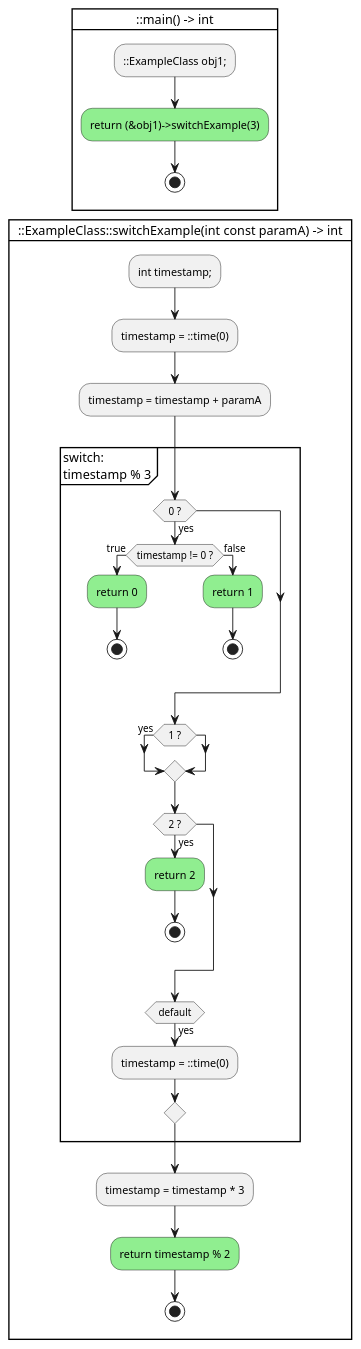
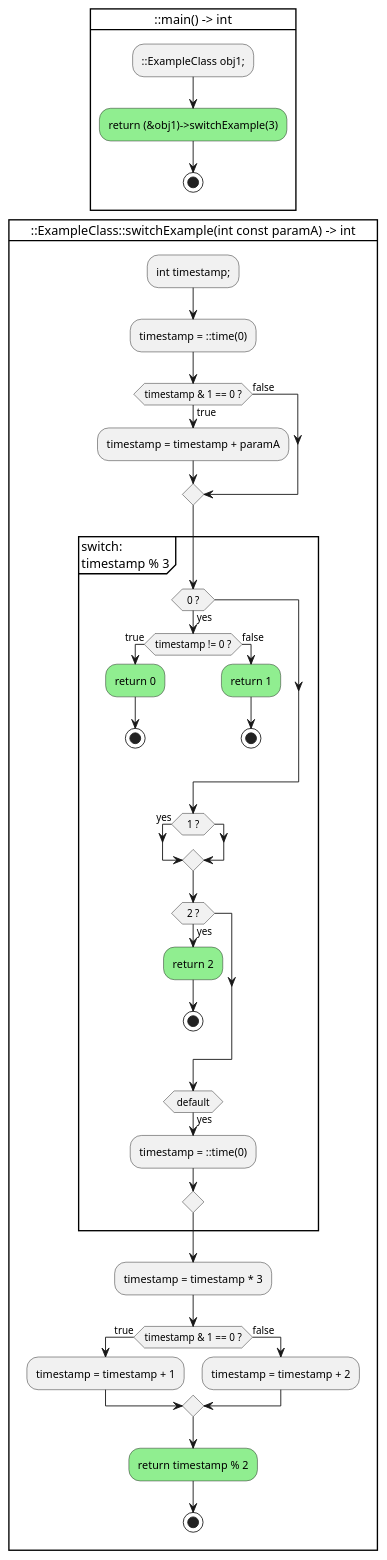
The diagram in examples/ctrlflowgraph/ctrl_sample.cpp.puml (anetczuk/gcc-uml), drawn with PlantUML before and after one commit. The commit also changed 23 other files, not shown here.

Commit message:
Add dot engine for ctrlflowgraph diagram

```diff
--- a/examples/ctrlflowgraph/ctrl_sample.cpp.puml
+++ b/examples/ctrlflowgraph/ctrl_sample.cpp.puml
@@ -1,48 +1,56 @@
 @startuml
 
 card "::main() -> int" {
     :::ExampleClass obj1;;
     #lightgreen:return (&obj1)->switchExample(3);
     stop
     -[hidden]->
 }
 
 card "::ExampleClass::switchExample(int const paramA) -> int" {
     :int timestamp;;
     :timestamp = ::time(0);
-    :timestamp = timestamp + paramA;
+    if (timestamp & 1 == 0 ?) then (true)
+        :timestamp = timestamp + paramA;
+    else (false)
+    endif
 
 partition "switch:\ntimestamp % 3" {
     ' case: 0 fallthrough: True
     if ( 0 ? ) then (yes)
         if (timestamp != 0 ?) then (true)
             #lightgreen:return 0;
             stop
         else (false)
             #lightgreen:return 1;
             stop
         endif
     endif
     ' case: 1 fallthrough: True
     if ( 1 ? ) then (yes)
     endif
     ' case: 2 fallthrough: True
     if ( 2 ? ) then (yes)
         #lightgreen:return 2;
         stop
     endif
     ' case: None fallthrough: True
     if ( default ) then (yes)
         :timestamp = ::time(0);
     else
         -[hidden]->
     endif
 }
     :timestamp = timestamp * 3;
+    if (timestamp & 1 == 0 ?) then (true)
+        :timestamp = timestamp + 1;
+    else (false)
+        :timestamp = timestamp + 2;
+    endif
     #lightgreen:return timestamp % 2;
     stop
     -[hidden]->
 }
 
 
 @enduml
```
